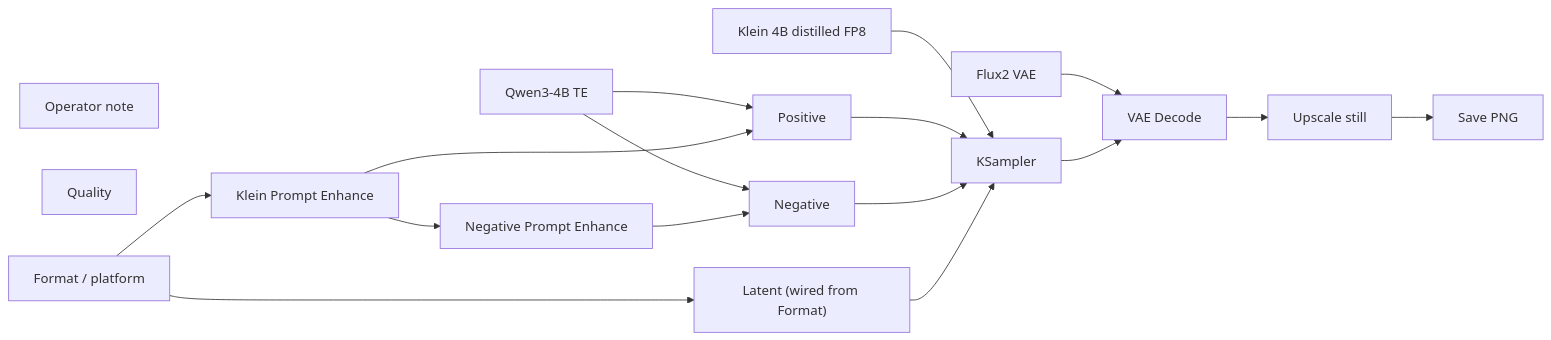
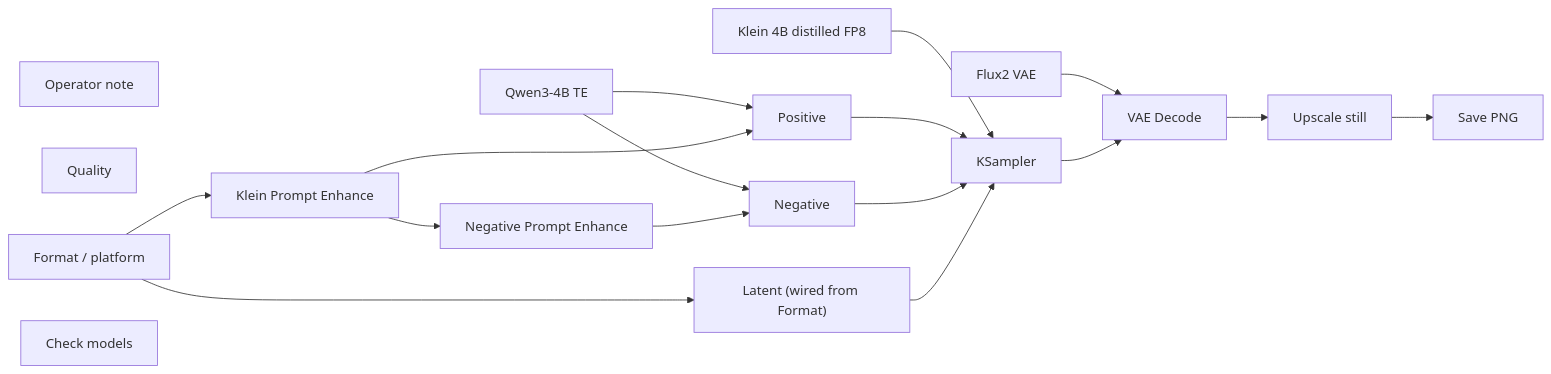
Before and after one commit to toxicoder/ez-comfy-stack: the diagram in docs/generated/workflows/stills/hook-still.md, drawn with Mermaid. The commit also changed other lines of this file and 1106 other files, not shown here.

First line of the commit message:
feat: add Check models node to every lab App

````diff
--- a/docs/generated/workflows/stills/hook-still.md
+++ b/docs/generated/workflows/stills/hook-still.md
@@ -51,33 +51,34 @@
 ```mermaid
 flowchart LR
   N1["Klein 4B distilled FP8"]
   N2["Qwen3-4B TE"]
   N3["Flux2 VAE"]
   N4["Positive"]
   N5["Negative"]
   N6["Latent (wired from Format)"]
   N7["KSampler"]
   N8["VAE Decode"]
   N9["Save PNG"]
   N10["Operator note"]
   N11["Klein Prompt Enhance"]
   N12["Negative Prompt Enhance"]
   N13["Quality"]
   N14["Format / platform"]
   N15["Upscale still"]
+  N16["Check models"]
   N1 --> N7
   N2 --> N4
   N2 --> N5
   N3 --> N8
   N4 --> N7
   N5 --> N7
   N6 --> N7
   N7 --> N8
   N8 --> N15
   N11 --> N4
   N11 --> N12
   N12 --> N5
   N14 --> N6
   N14 --> N11
   N15 --> N9
 ```
````
